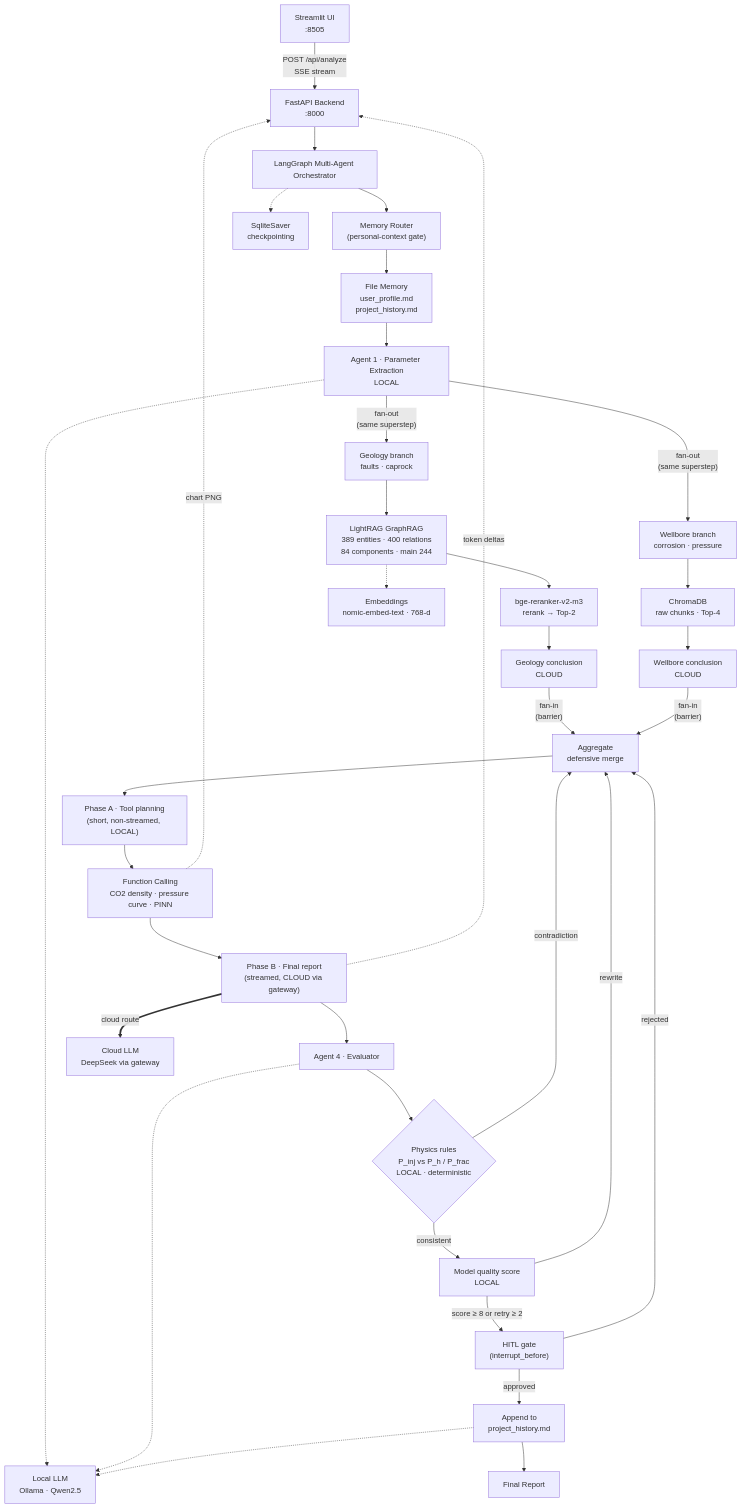
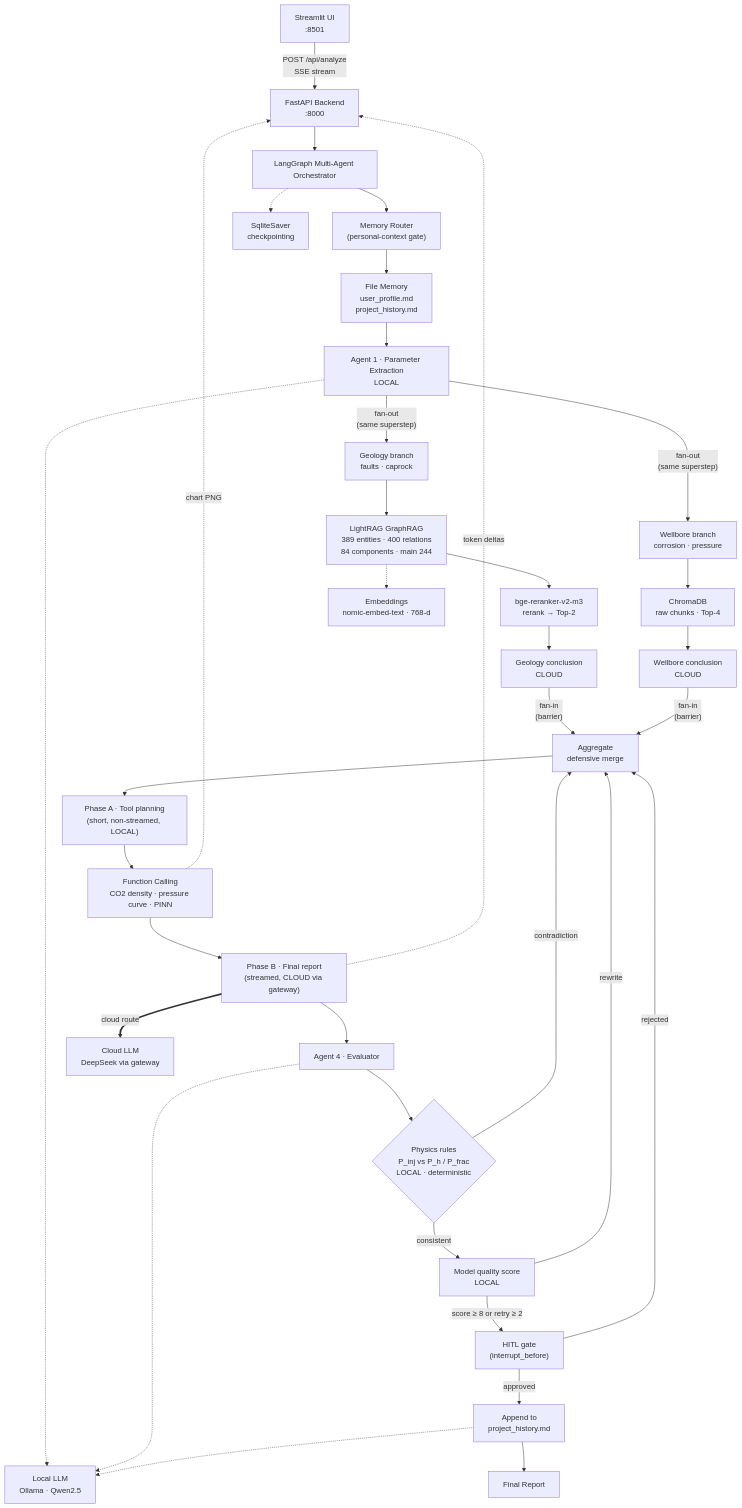
Before and after one commit to qinruizhang001-hash/petro-rag-agent: the diagram in README.md, drawn with Mermaid. The commit also changed other lines of this file and 9 other files, not shown here.

````diff
--- a/README.md
+++ b/README.md
@@ -139,47 +139,47 @@
 ```mermaid
 flowchart TD
-    UI["Streamlit UI<br/>:8505"] -->|"POST /api/analyze<br/>SSE stream"| API["FastAPI Backend<br/>:8000"]
+    UI["Streamlit UI<br/>:8501"] -->|"POST /api/analyze<br/>SSE stream"| API["FastAPI Backend<br/>:8000"]
     API --> LG["LangGraph Multi-Agent Orchestrator"]
 
     LG --> MR["Memory Router<br/>(personal-context gate)"]
 
     MR --> FM["File Memory<br/>user_profile.md<br/>project_history.md"]
 
     FM --> EX["Agent 1 · Parameter Extraction<br/>LOCAL"]
 
     EX -->|"fan-out<br/>(same superstep)"| GEO["Geology branch<br/>faults · caprock"]
     EX -->|"fan-out<br/>(same superstep)"| WB["Wellbore branch<br/>corrosion · pressure"]
 
     GEO --> LR["LightRAG GraphRAG<br/>389 entities · 400 relations<br/>84 components · main 244"]
     LR --> RR["bge-reranker-v2-m3<br/>rerank → Top-2"]
     RR --> GS["Geology conclusion<br/>CLOUD"]
 
     WB --> CH["ChromaDB<br/>raw chunks · Top-4"]
     CH --> WS["Wellbore conclusion<br/>CLOUD"]
 
     GS -->|"fan-in<br/>(barrier)"| AG["Aggregate<br/>defensive merge"]
     WS -->|"fan-in<br/>(barrier)"| AG
 
     AG --> PLAN["Phase A · Tool planning<br/>(short, non-streamed, LOCAL)"]
     PLAN --> FC["Function Calling<br/>CO2 density · pressure curve · PINN"]
     FC --> RP2["Phase B · Final report<br/>(streamed, CLOUD via gateway)"]
     RP2 --> EV["Agent 4 · Evaluator"]
     EV --> PH{"Physics rules<br/>P_inj vs P_h / P_frac<br/>LOCAL · deterministic"}
     PH -->|"contradiction"| AG
     PH -->|"consistent"| SC["Model quality score<br/>LOCAL"]
     SC -->|"score ≥ 8 or retry ≥ 2"| HG["HITL gate<br/>(interrupt_before)"]
     SC -->|"rewrite"| AG
     HG -->|"approved"| HM["Append to<br/>project_history.md"]
     HG -->|"rejected"| AG
     HM --> OUT["Final Report"]
 
     EX -.-> LOCAL["Local LLM<br/>Ollama · Qwen2.5"]
     EV -.-> LOCAL
     RP2 ==>|"cloud route"| CLOUD["Cloud LLM<br/>DeepSeek via gateway"]
     HM -.-> LOCAL
     LR -.-> EMB["Embeddings<br/>nomic-embed-text · 768-d"]
     LG -.-> CKPT["SqliteSaver<br/>checkpointing"]
 
     RP2 -.->|"token deltas"| API
     FC -.->|"chart PNG"| API
 ```
````
